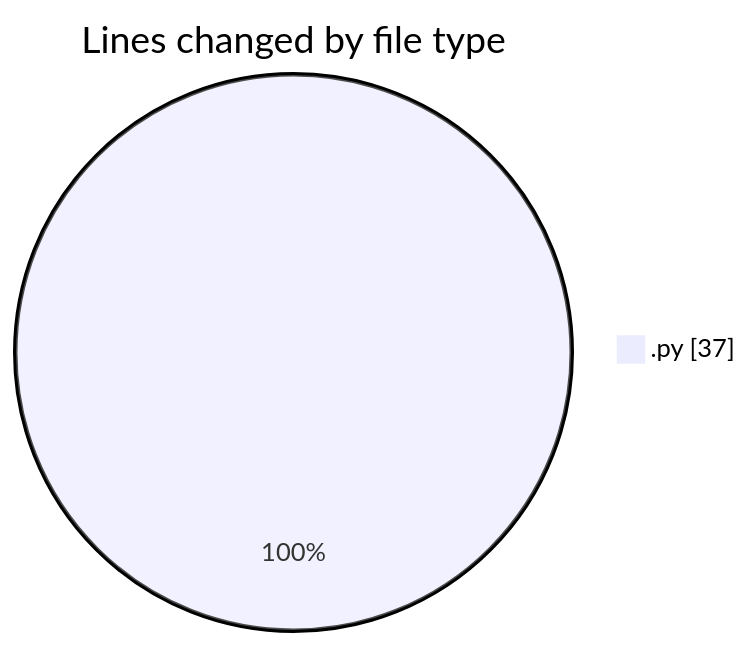
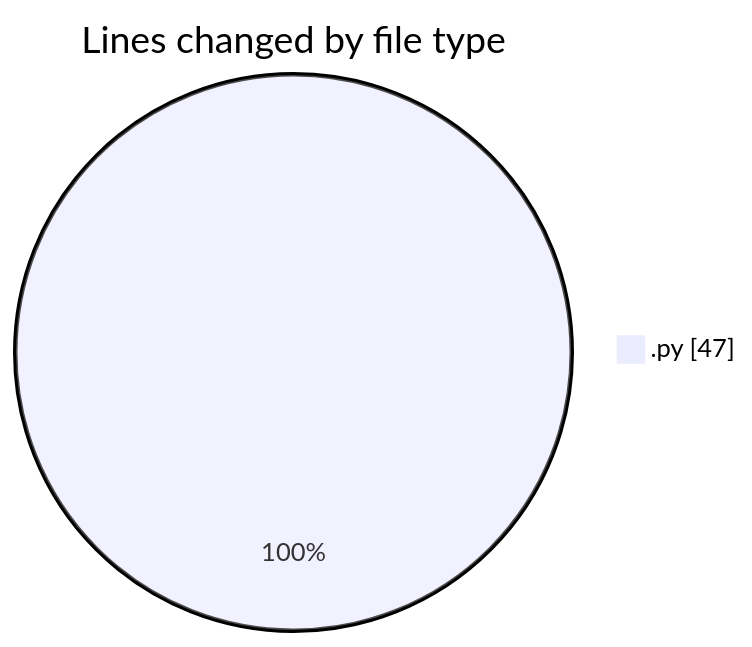
One commit to hasnaa123/code-tracking changed the first of 2 diagrams in 2026-02-21/student_performance_system/README.md. Above: the diagram before and after it, drawn with Mermaid. The commit also changed other lines of this file and 1 other file, not shown here.

````diff
--- a/2026-02-21/student_performance_system/README.md
+++ b/2026-02-21/student_performance_system/README.md
@@ -20,5 +20,5 @@
 ```mermaid
 pie showData
 title Lines changed by file type
-".py" : 37
+".py" : 47
 ```
````
